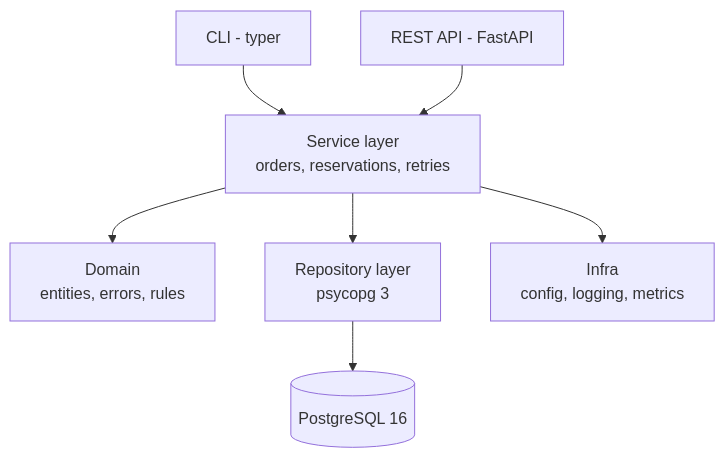
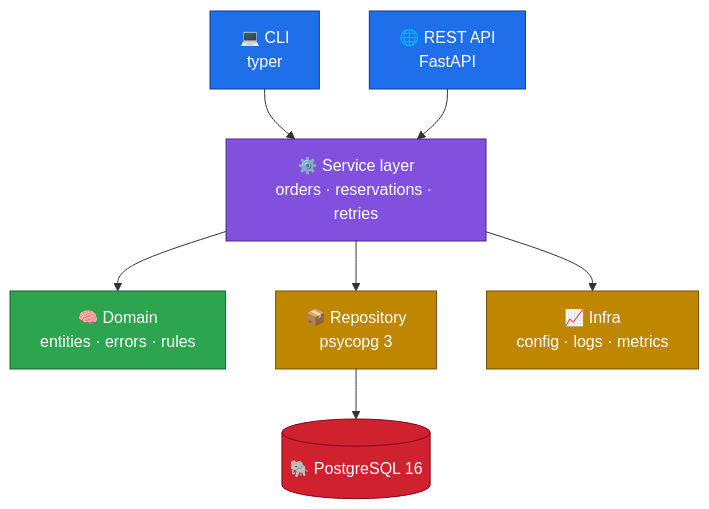
One commit to sourajahan/OmniChain-FullStack-Roadmap changed the third of 4 diagrams in 01-SmartStock-CLI-DB/README.md. Above: the diagram before and after it, drawn with Mermaid. The commit also changed other lines of this file, not shown here.

````diff
--- a/01-SmartStock-CLI-DB/README.md
+++ b/01-SmartStock-CLI-DB/README.md
@@ -127,9 +166,16 @@
 ```mermaid
 flowchart TD
-    CLI[CLI - typer] --> S
-    API[REST API - FastAPI] --> S
-    S[Service layer<br/>orders, reservations, retries] --> D[Domain<br/>entities, errors, rules]
-    S --> R[Repository layer<br/>psycopg 3]
-    R --> PG[(PostgreSQL 16)]
-    S --> I[Infra<br/>config, logging, metrics]
+    CLI["💻 CLI<br/>typer"]:::edge --> S
+    API["🌐 REST API<br/>FastAPI"]:::edge --> S
+    S["⚙️ Service layer<br/>orders · reservations · retries"]:::core --> D
+    S --> R
+    D["🧠 Domain<br/>entities · errors · rules"]:::domain
+    R["📦 Repository<br/>psycopg 3"]:::infra --> PG[("🐘 PostgreSQL 16")]:::db
+    S --> I["📈 Infra<br/>config · logs · metrics"]:::infra
+
+    classDef edge fill:#1f6feb,stroke:#0b3d91,color:#fff
+    classDef core fill:#8250df,stroke:#4c2889,color:#fff
+    classDef domain fill:#2da44e,stroke:#116329,color:#fff
+    classDef infra fill:#bf8700,stroke:#7d4e00,color:#fff
+    classDef db fill:#cf222e,stroke:#82071e,color:#fff
 ```
````
